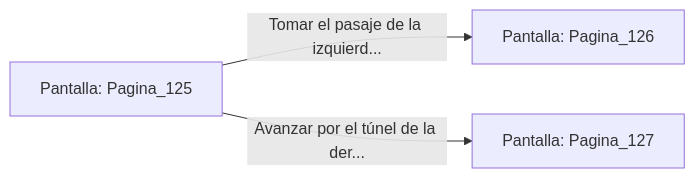
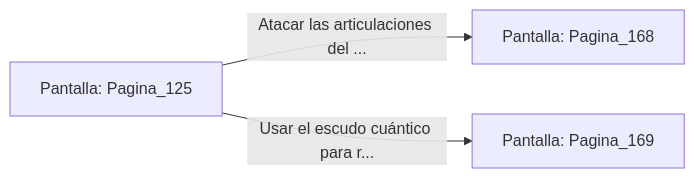
The diagram in sample/eligejuego-vault/Pantalla_Pagina_125.md (metsuke/mpl), drawn with Mermaid before and after one commit. The commit also changed other lines of this file and 635 other files, not shown here.

First line of the commit message:
fix: añadir Pagina_1 como pantalla inicial en capitulo_01.mpl

````diff
--- a/sample/eligejuego-vault/Pantalla_Pagina_125.md
+++ b/sample/eligejuego-vault/Pantalla_Pagina_125.md
@@ -20,6 +24,6 @@
 ```mermaid
 graph LR
     P_Pagina_125["Pantalla: Pagina_125"]
-    P_Pagina_125 -->|"Tomar el pasaje de la izquierd..."| P_Pagina_126["Pantalla: Pagina_126"]
-    P_Pagina_125 -->|"Avanzar por el túnel de la der..."| P_Pagina_127["Pantalla: Pagina_127"]
+    P_Pagina_125 -->|"Atacar las articulaciones del ..."| P_Pagina_168["Pantalla: Pagina_168"]
+    P_Pagina_125 -->|"Usar el escudo cuántico para r..."| P_Pagina_169["Pantalla: Pagina_169"]
 ```
````
